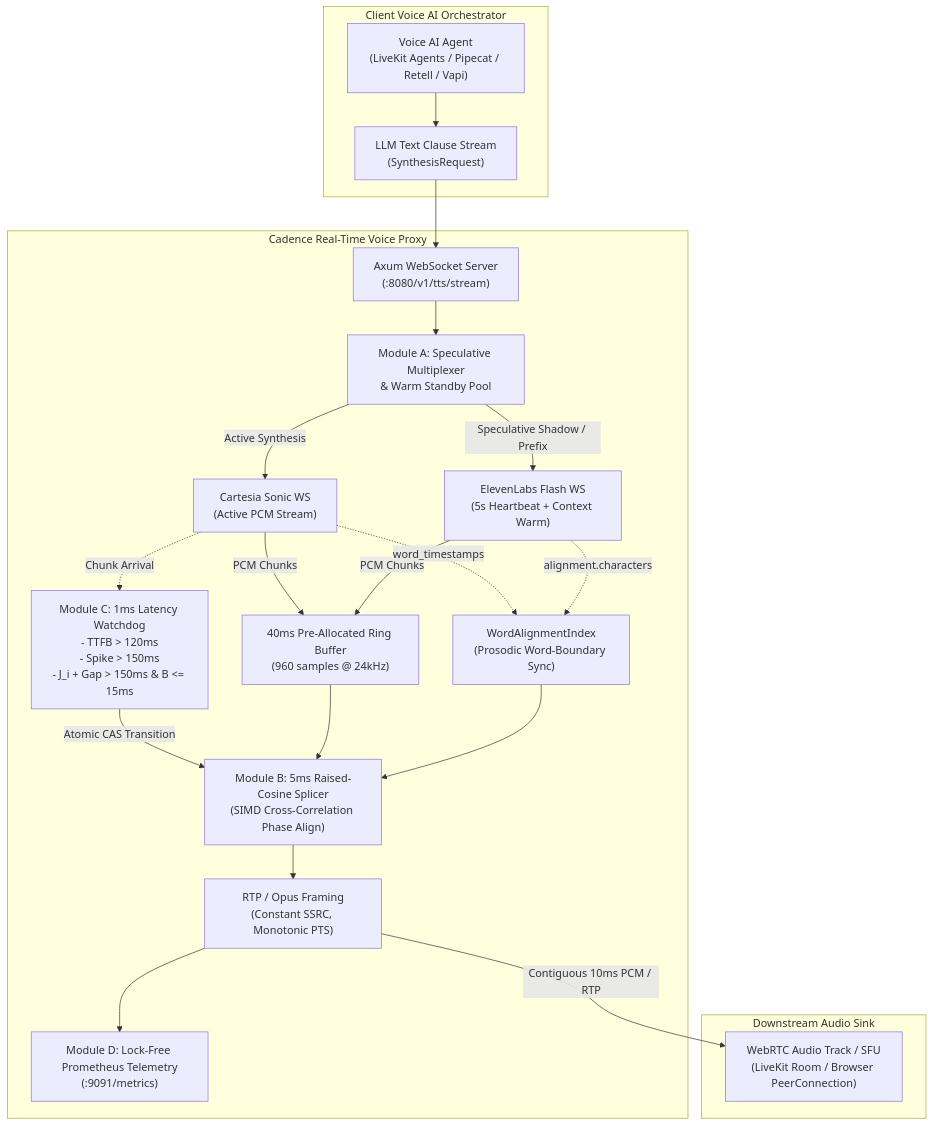
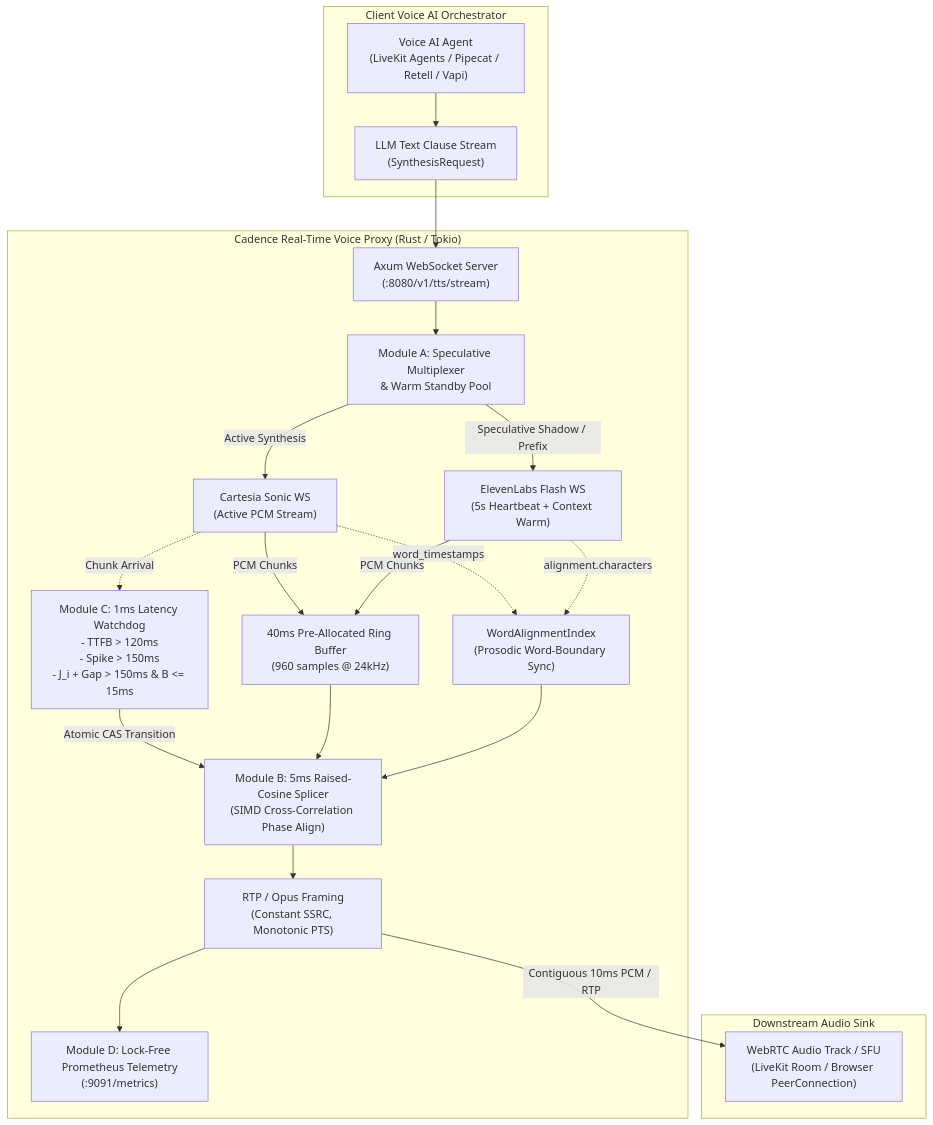
Before and after one commit to Speedyzyzz/cadence: the diagram in README.md, drawn with Mermaid. The commit also changed other lines of this file and 1 other file, not shown here.

````diff
--- a/README.md
+++ b/README.md
@@ -17,46 +48,46 @@
 ```mermaid
 flowchart TD
     subgraph Client ["Client Voice AI Orchestrator"]
         Agent["Voice AI Agent\n(LiveKit Agents / Pipecat / Retell / Vapi)"]
         Stream["LLM Text Clause Stream\n(SynthesisRequest)"]
         Agent --> Stream
     end
 
-    subgraph Cadence ["Cadence Real-Time Voice Proxy"]
+    subgraph Cadence ["Cadence Real-Time Voice Proxy (Rust / Tokio)"]
         Ingress["Axum WebSocket Server\n(:8080/v1/tts/stream)"]
         Mux["Module A: Speculative Multiplexer\n& Warm Standby Pool"]
         
         Primary["Cartesia Sonic WS\n(Active PCM Stream)"]
         Standby["ElevenLabs Flash WS\n(5s Heartbeat + Context Warm)"]
         
         Watchdog["Module C: 1ms Latency Watchdog\n- TTFB > 120ms\n- Spike > 150ms\n- J_i + Gap > 150ms & B <= 15ms"]
         
         Ring["40ms Pre-Allocated Ring Buffer\n(960 samples @ 24kHz)"]
         WordAlign["WordAlignmentIndex\n(Prosodic Word-Boundary Sync)"]
         Hann["Module B: 5ms Raised-Cosine Splicer\n(SIMD Cross-Correlation Phase Align)"]
         Packetizer["RTP / Opus Framing\n(Constant SSRC, Monotonic PTS)"]
         Telemetry["Module D: Lock-Free Prometheus Telemetry\n(:9091/metrics)"]
         
         Stream --> Ingress --> Mux
         Mux -->|Active Synthesis| Primary
         Mux -->|Speculative Shadow / Prefix| Standby
         
         Primary -.->|Chunk Arrival| Watchdog
         Primary -->|PCM Chunks| Ring
         Standby -->|PCM Chunks| Ring
         
         Primary -.->|word_timestamps| WordAlign
         Standby -.->|alignment.characters| WordAlign
         
         Watchdog -->|Atomic CAS Transition| Hann
         Ring --> Hann
         WordAlign --> Hann
         Hann --> Packetizer
         Packetizer --> Telemetry
     end
 
     subgraph Egress ["Downstream Audio Sink"]
         WebRTC["WebRTC Audio Track / SFU\n(LiveKit Room / Browser PeerConnection)"]
         Packetizer -->|Contiguous 10ms PCM / RTP| WebRTC
     end
 ```
````
